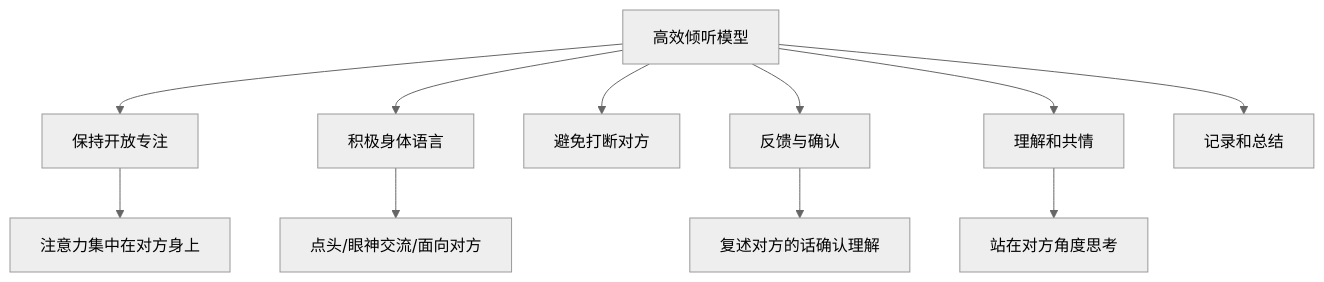
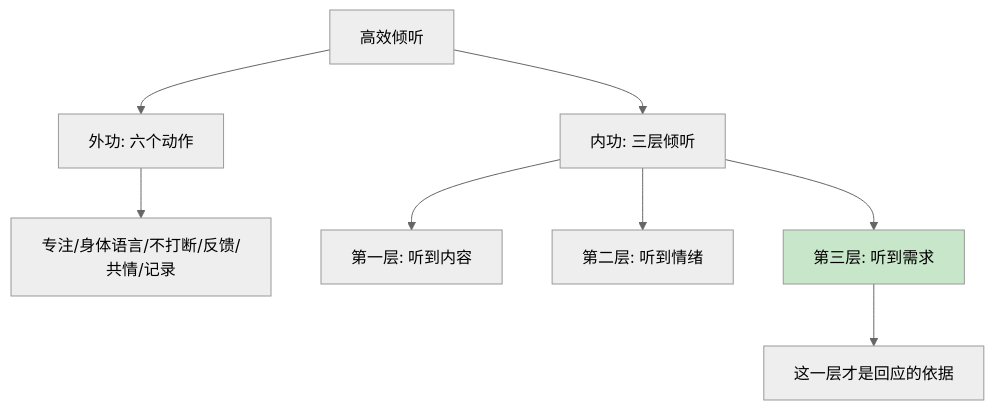
One commit to chongyang211/YCBookBlog changed the third of 14 diagrams in packages/website/13.书籍/06.自我精进·立言/02.沟通实战/02.沟通能力的演进.md. Above: the diagram before and after it, drawn with Mermaid (neutral theme). The commit also changed other lines of this file, not shown here.

````diff
--- a/packages/website/13.书籍/06.自我精进·立言/02.沟通实战/02.沟通能力的演进.md
+++ b/packages/website/13.书籍/06.自我精进·立言/02.沟通实战/02.沟通能力的演进.md
@@ -99,13 +113,11 @@
 ```mermaid
 graph TD
-    A[高效倾听模型] --> B[保持开放专注]
-    A --> C[积极身体语言]
-    A --> D[避免打断对方]
-    A --> E[反馈与确认]
-    A --> F[理解和共情]
-    A --> G[记录和总结]
-    B --> B1[注意力集中在对方身上]
-    C --> C1[点头/眼神交流/面向对方]
-    E --> E1[复述对方的话确认理解]
-    F --> F1[站在对方角度思考]
+    A[高效倾听] --> B[外功: 六个动作]
+    A --> C[内功: 三层倾听]
+    B --> B1[专注/身体语言/不打断/反馈/共情/记录]
+    C --> C1[第一层: 听到内容]
+    C --> C2[第二层: 听到情绪]
+    C --> C3[第三层: 听到需求]
+    C3 --> D[这一层才是回应的依据]
+    style C3 fill:#c8e6c9
 ```
````
